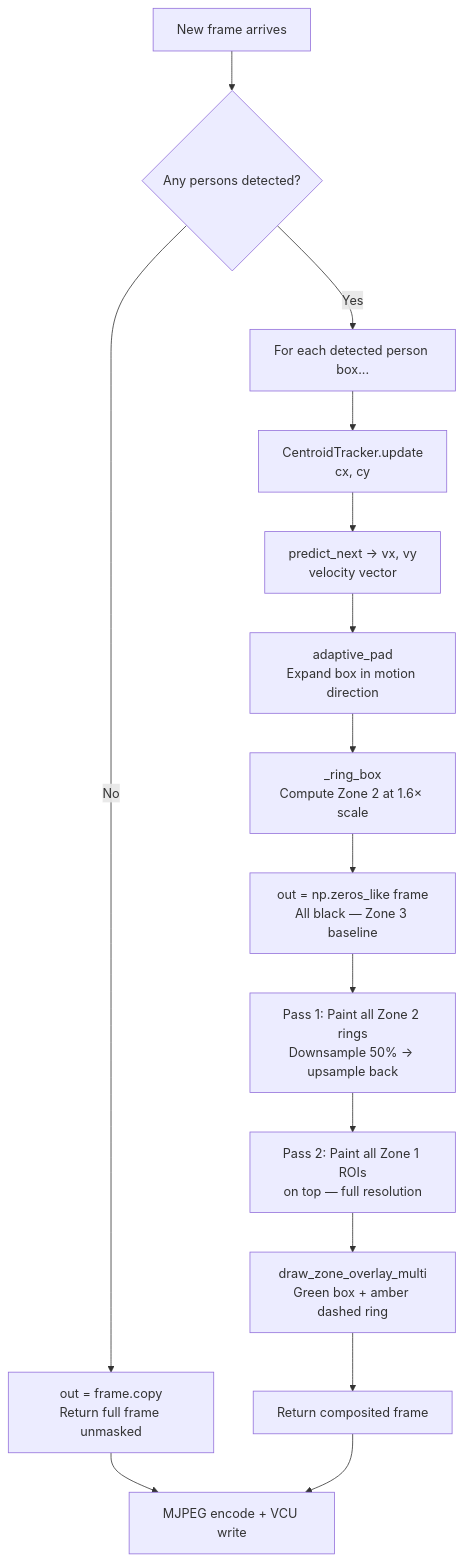
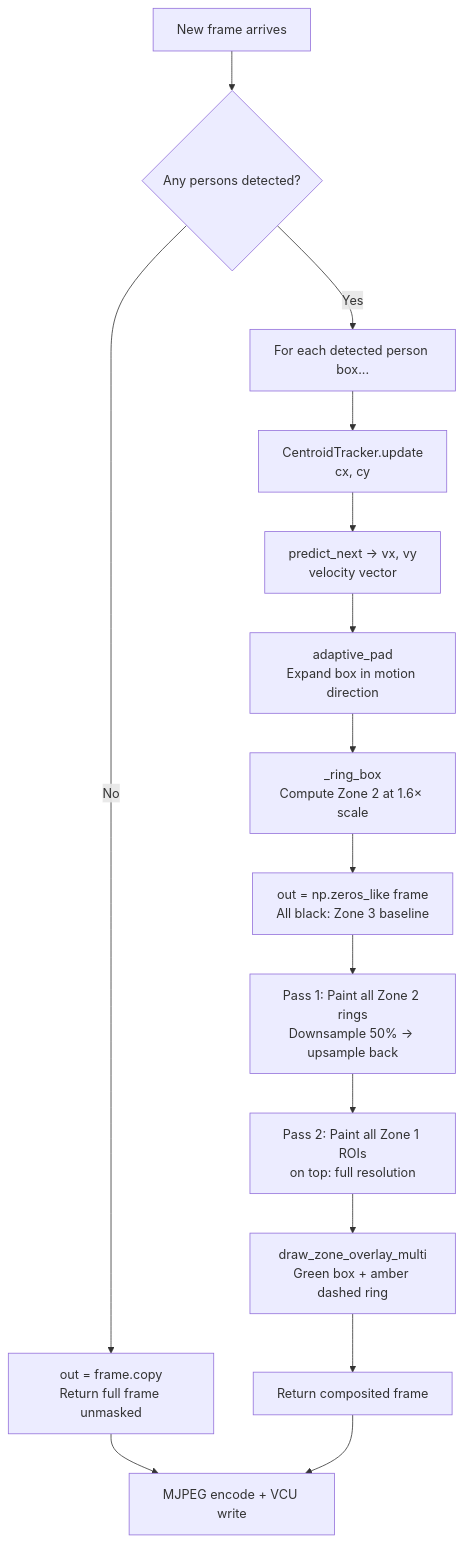
Before and after one commit to HeetYadav/zcu104-adaptive-video-pipeline: the diagram in docs/04_zone_masking_algorithm.md, drawn with Mermaid. The commit also changed other lines of this file and 32 other files, not shown here.

````diff
--- a/docs/04_zone_masking_algorithm.md
+++ b/docs/04_zone_masking_algorithm.md
@@ -103,26 +88,26 @@
 ```mermaid
 flowchart TD
     A[New frame arrives] --> B{Any persons detected?}
     
     B -- No --> C[out = frame.copy\nReturn full frame unmasked]
     
     B -- Yes --> D[For each detected person box...]
     
     D --> E[CentroidTracker.update\ncx, cy]
     E --> F[predict_next → vx, vy\nvelocity vector]
     F --> G[adaptive_pad\nExpand box in motion direction]
     
     G --> H[_ring_box\nCompute Zone 2 at 1.6× scale]
     
-    H --> I[out = np.zeros_like frame\nAll black — Zone 3 baseline]
+    H --> I[out = np.zeros_like frame\nAll black: Zone 3 baseline]
     
     I --> J[Pass 1: Paint all Zone 2 rings\nDownsample 50% → upsample back]
-    J --> K[Pass 2: Paint all Zone 1 ROIs\non top — full resolution]
+    J --> K[Pass 2: Paint all Zone 1 ROIs\non top: full resolution]
     
     K --> L[draw_zone_overlay_multi\nGreen box + amber dashed ring]
     
     L --> M[Return composited frame]
     
     C --> N[MJPEG encode + VCU write]
     M --> N
 ```
````
